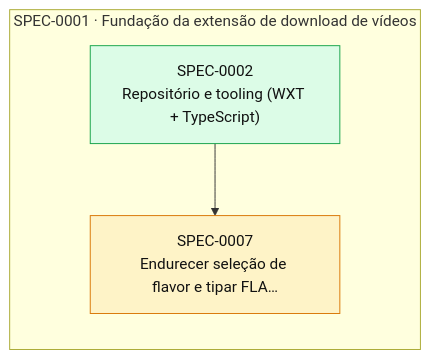
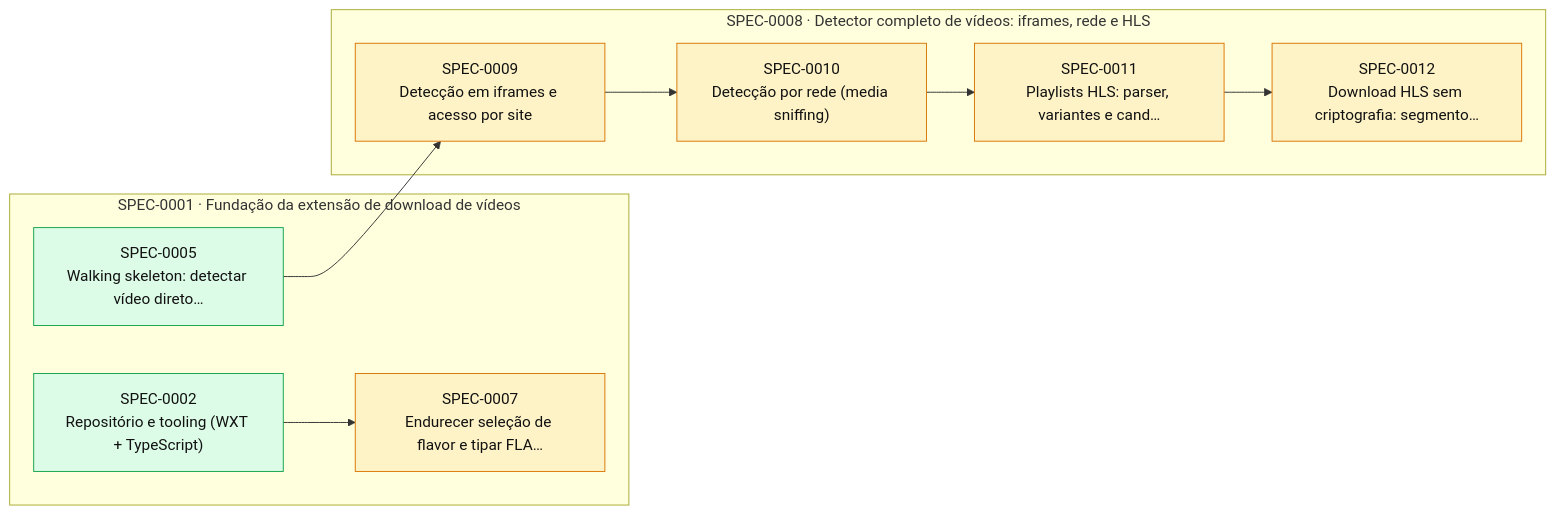
One commit to thomasravache/video-downloader changed the diagram in docs/specs/INDEX.md. Above: the diagram before and after it, drawn with Mermaid. The commit also changed other lines of this file and 9 other files, not shown here.

First line of the commit message:
docs(sdd): plan the complete video detector epic (SPEC-0008..0012)

````diff
--- a/docs/specs/INDEX.md
+++ b/docs/specs/INDEX.md
@@ -56,13 +63,24 @@
 ```mermaid
 flowchart LR
   subgraph E0001["SPEC-0001 · Fundação da extensão de download de vídeos"]
     S0002["SPEC-0002<br/>Repositório e tooling (WXT + TypeScript)"]:::implemented
+    S0005["SPEC-0005<br/>Walking skeleton: detectar vídeo direto…"]:::implemented
     S0007["SPEC-0007<br/>Endurecer seleção de flavor e tipar FLA…"]:::proposed
   end
+  subgraph E0008["SPEC-0008 · Detector completo de vídeos: iframes, rede e HLS"]
+    S0009["SPEC-0009<br/>Detecção em iframes e acesso por site"]:::proposed
+    S0010["SPEC-0010<br/>Detecção por rede (media sniffing)"]:::proposed
+    S0011["SPEC-0011<br/>Playlists HLS: parser, variantes e cand…"]:::proposed
+    S0012["SPEC-0012<br/>Download HLS sem criptografia: segmento…"]:::proposed
+  end
   S0002 --> S0007
+  S0005 --> S0009
+  S0009 --> S0010
+  S0010 --> S0011
+  S0011 --> S0012
   classDef proposed fill:#fef3c7,stroke:#d97706,color:#111
   classDef approved fill:#dbeafe,stroke:#2563eb,color:#111
   classDef inprogress fill:#ede9fe,stroke:#7c3aed,color:#111
   classDef implemented fill:#dcfce7,stroke:#16a34a,color:#111
   classDef deprecated fill:#f3f4f6,stroke:#9ca3af,color:#6b7280
 ```
````
